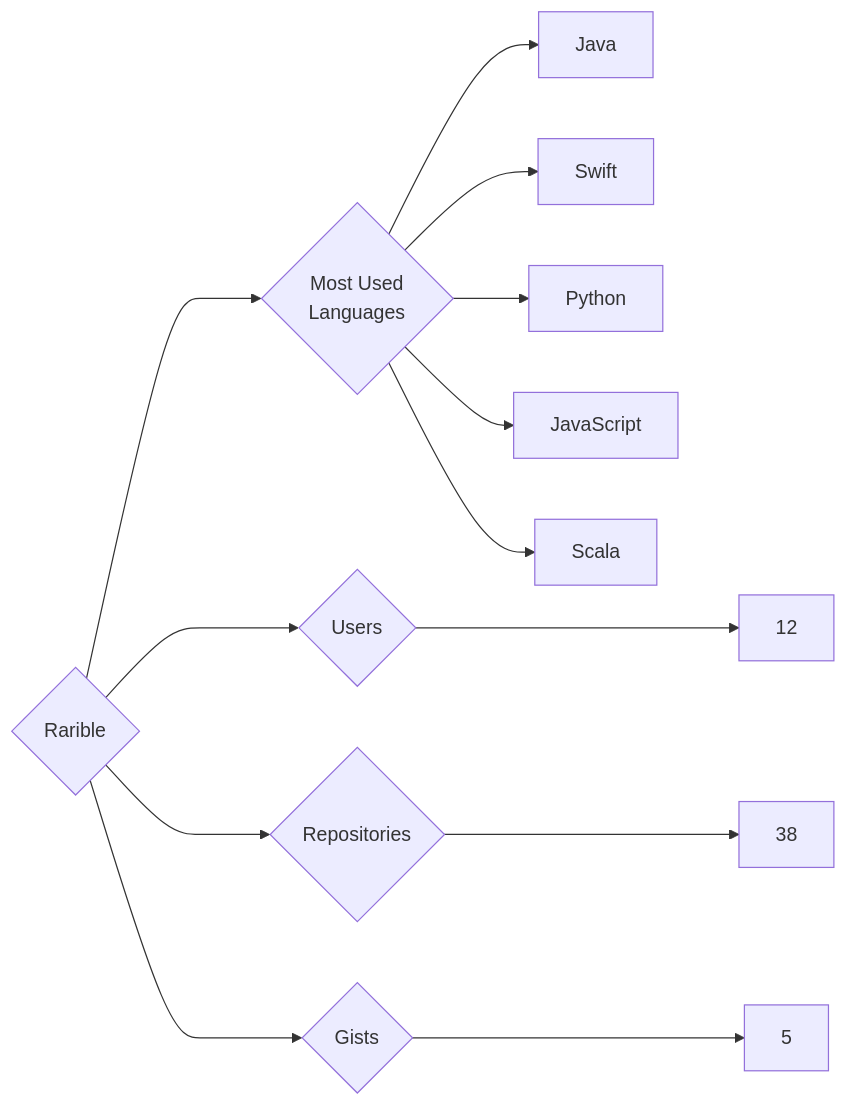
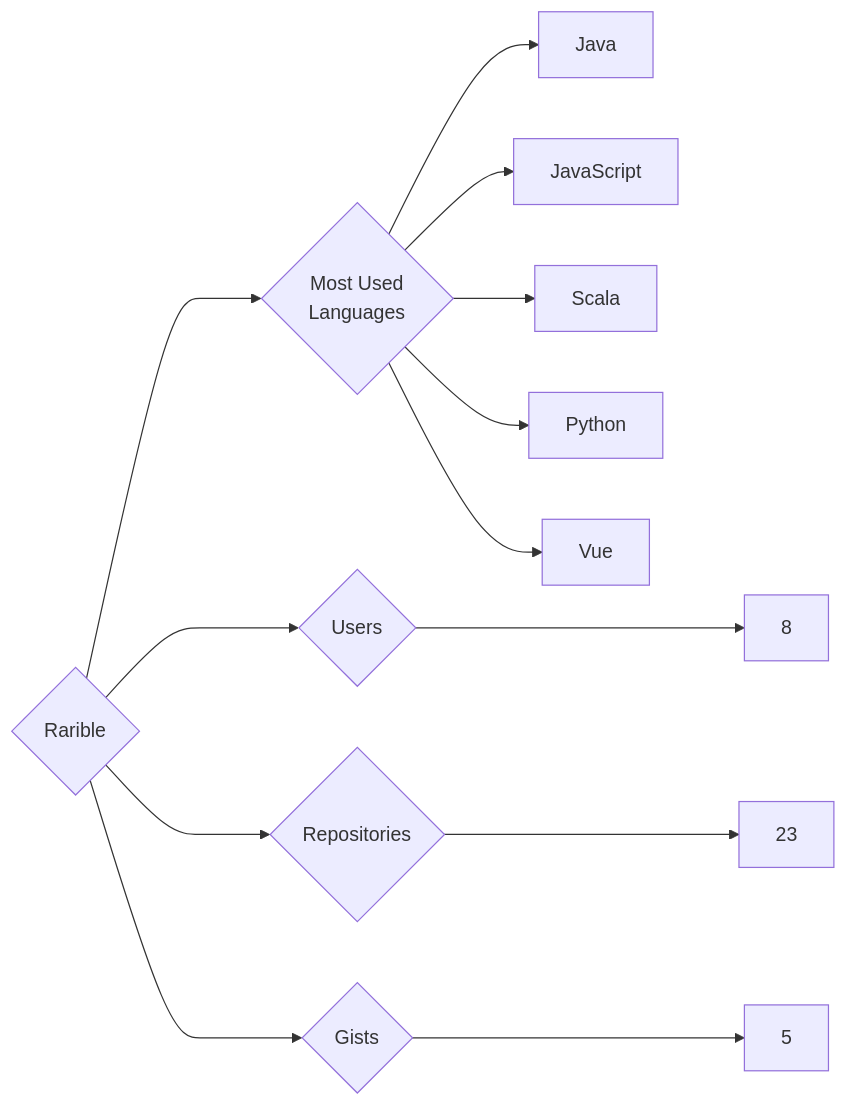
One commit to trickest/insiders changed the diagram in targets/Rarible/README.md. Above: the diagram before and after it, drawn with Mermaid. The commit also changed 1479 other files, not shown here.

````diff
--- a/targets/Rarible/README.md
+++ b/targets/Rarible/README.md
@@ -3,13 +3,13 @@
 ```mermaid
 graph LR
 COMPANY_NAME{Rarible}
-COMPANY_NAME ---> U{Users} ---> UN[12]
-COMPANY_NAME ---> R{Repositories} ---> RN[38]
+COMPANY_NAME ---> U{Users} ---> UN[8]
+COMPANY_NAME ---> R{Repositories} ---> RN[23]
 COMPANY_NAME ---> G{Gists} ---> GN[5]
 COMPANY_NAME ---> ML{Most Used<br>Languages}
 ML --> Java[Java]
-ML --> Swift[Swift]
-ML --> Python[Python]
 ML --> JavaScript[JavaScript]
 ML --> Scala[Scala]
+ML --> Python[Python]
+ML --> Vue[Vue]
 ```
````
